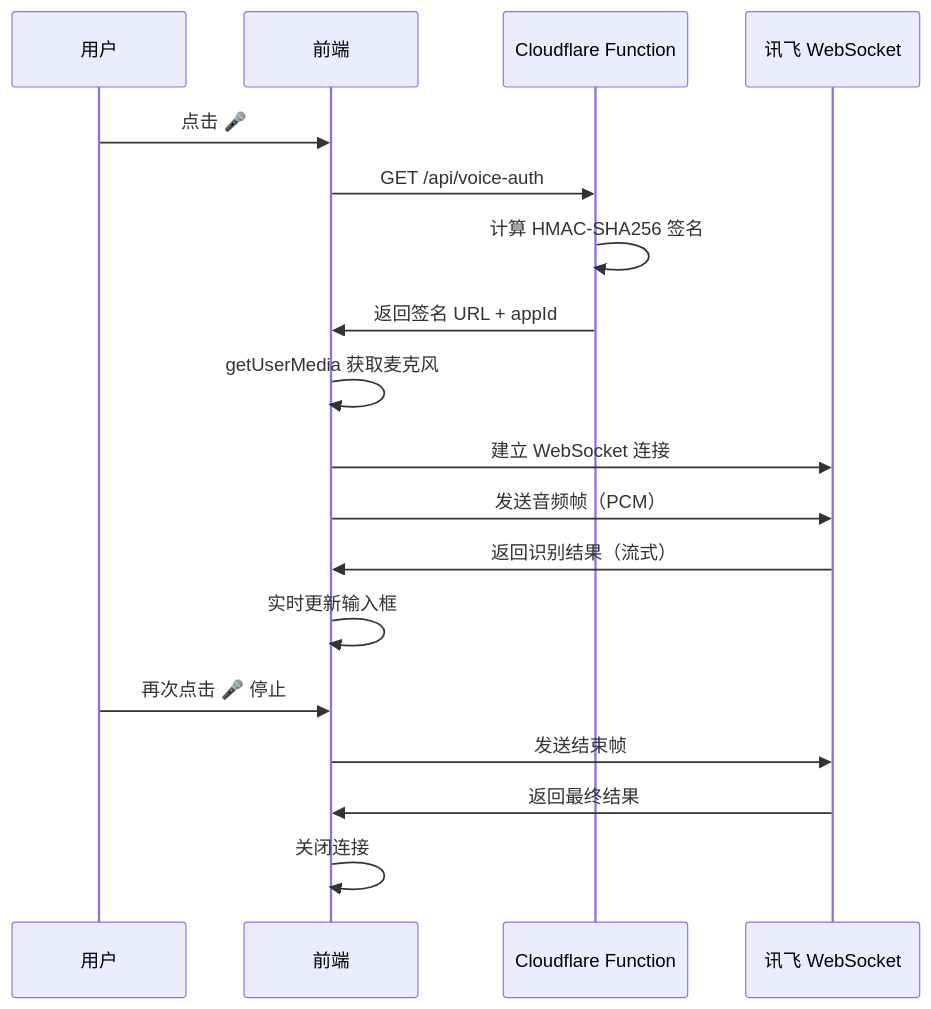
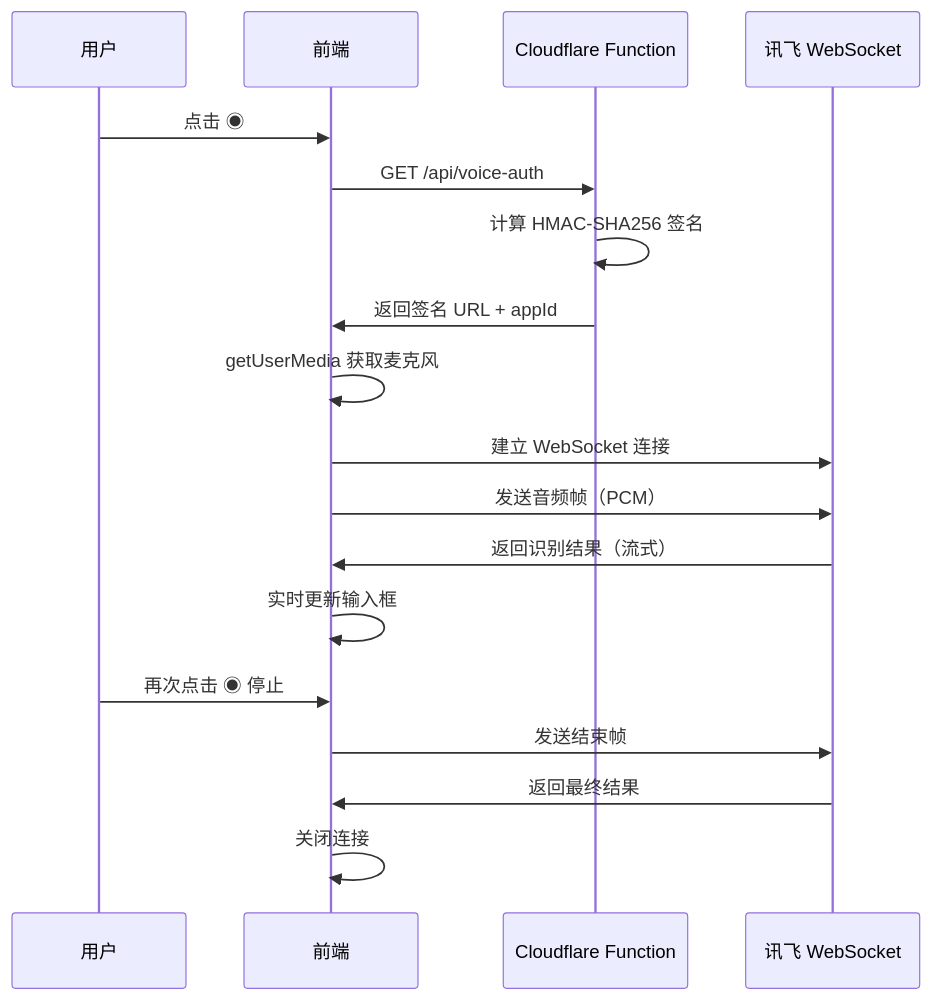
One commit to superwfox/minecraft-dev changed the diagram in docs/features/voice-input.md. Above: the diagram before and after it, drawn with Mermaid. The commit also changed other lines of this file and 10 other files, not shown here.

Commit message:
更新文档中的图标和字符集 | update icons and character set in docs

````diff
--- a/docs/features/voice-input.md
+++ b/docs/features/voice-input.md
@@ -9,21 +9,21 @@
 ```mermaid
 sequenceDiagram
     participant U as 用户
     participant F as 前端
     participant CF as Cloudflare Function
     participant XF as 讯飞 WebSocket
 
-    U->>F: 点击 🎤
+    U->>F: 点击 ◉
     F->>CF: GET /api/voice-auth
     CF->>CF: 计算 HMAC-SHA256 签名
     CF->>F: 返回签名 URL + appId
     F->>F: getUserMedia 获取麦克风
     F->>XF: 建立 WebSocket 连接
     F->>XF: 发送音频帧（PCM）
     XF->>F: 返回识别结果（流式）
     F->>F: 实时更新输入框
-    U->>F: 再次点击 🎤 停止
+    U->>F: 再次点击 ◉ 停止
     F->>XF: 发送结束帧
     XF->>F: 返回最终结果
     F->>F: 关闭连接
 ```
````
